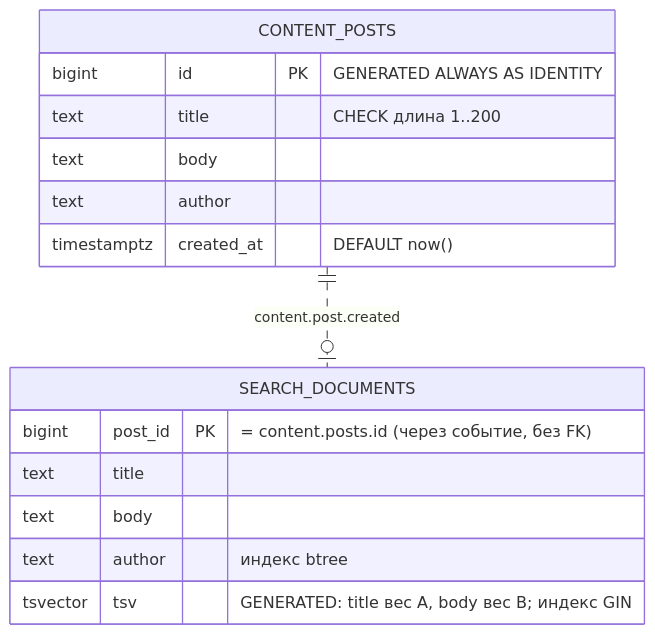
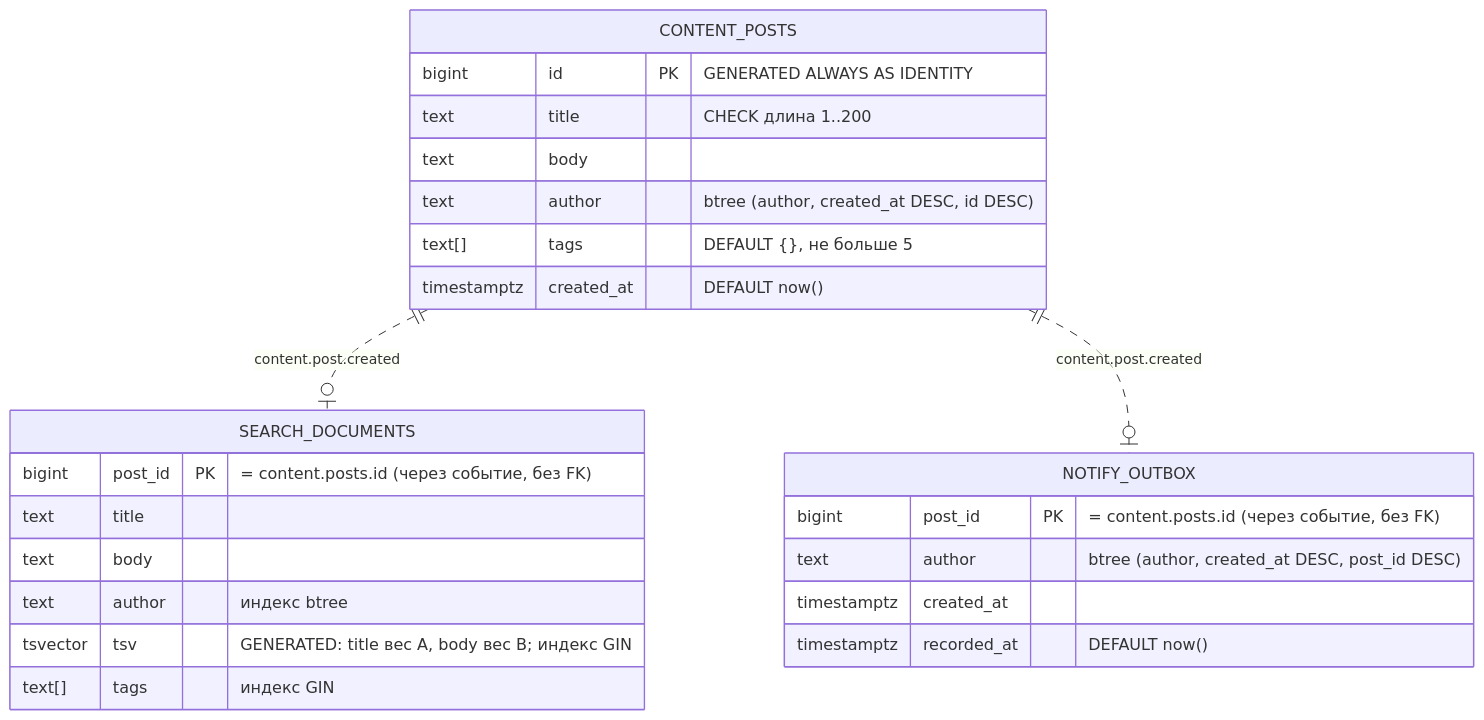
The sixth of 7 diagrams in docs/ru/06-low-level-design.md (armdev/harness-template), drawn with Mermaid before and after one commit. The commit also changed other lines of this file and 19 other files, not shown here.

````diff
--- a/docs/ru/06-low-level-design.md
+++ b/docs/ru/06-low-level-design.md
@@ -314,18 +332,27 @@
 ```mermaid
 erDiagram
     CONTENT_POSTS {
         bigint id PK "GENERATED ALWAYS AS IDENTITY"
         text title "CHECK длина 1..200"
         text body
-        text author
+        text author "btree (author, created_at DESC, id DESC)"
+        text[] tags "DEFAULT {}, не больше 5"
         timestamptz created_at "DEFAULT now()"
     }
     SEARCH_DOCUMENTS {
         bigint post_id PK "= content.posts.id (через событие, без FK)"
         text title
         text body
         text author "индекс btree"
         tsvector tsv "GENERATED: title вес A, body вес B; индекс GIN"
+        text[] tags "индекс GIN"
+    }
+    NOTIFY_OUTBOX {
+        bigint post_id PK "= content.posts.id (через событие, без FK)"
+        text author "btree (author, created_at DESC, post_id DESC)"
+        timestamptz created_at
+        timestamptz recorded_at "DEFAULT now()"
     }
     CONTENT_POSTS ||..o| SEARCH_DOCUMENTS : "content.post.created"
+    CONTENT_POSTS ||..o| NOTIFY_OUTBOX : "content.post.created"
 ```
````
